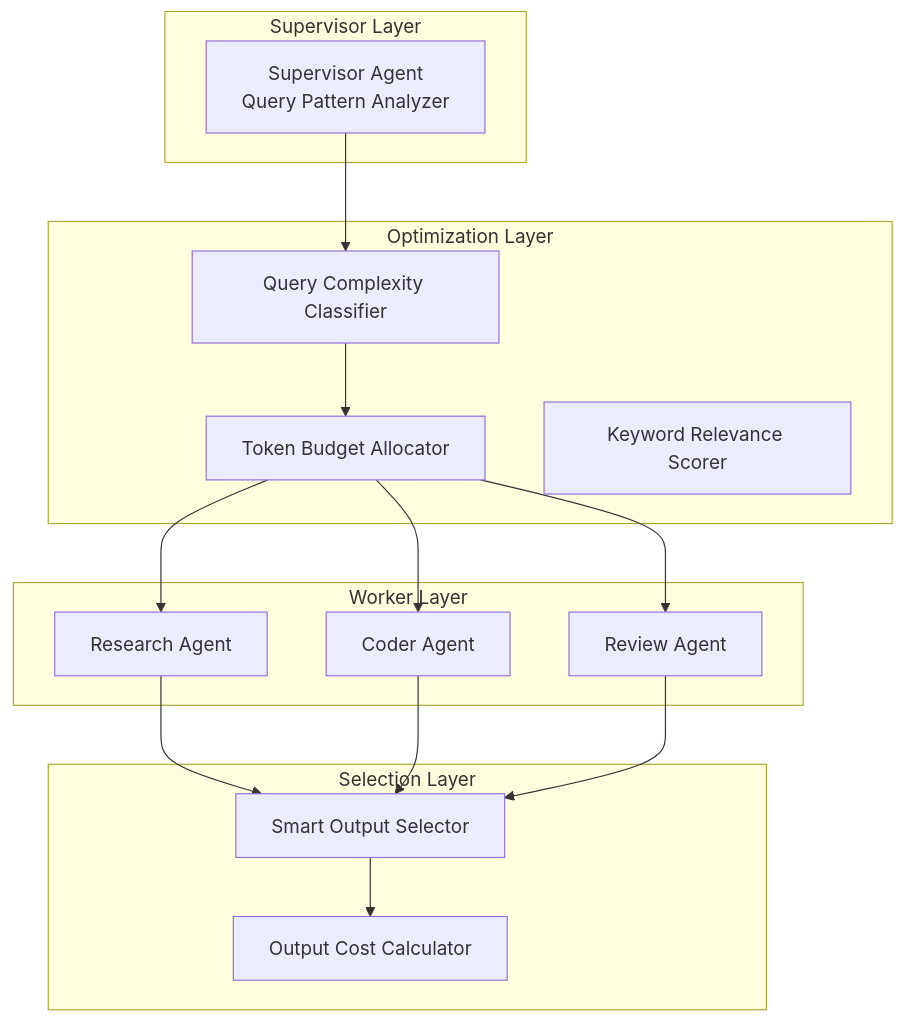
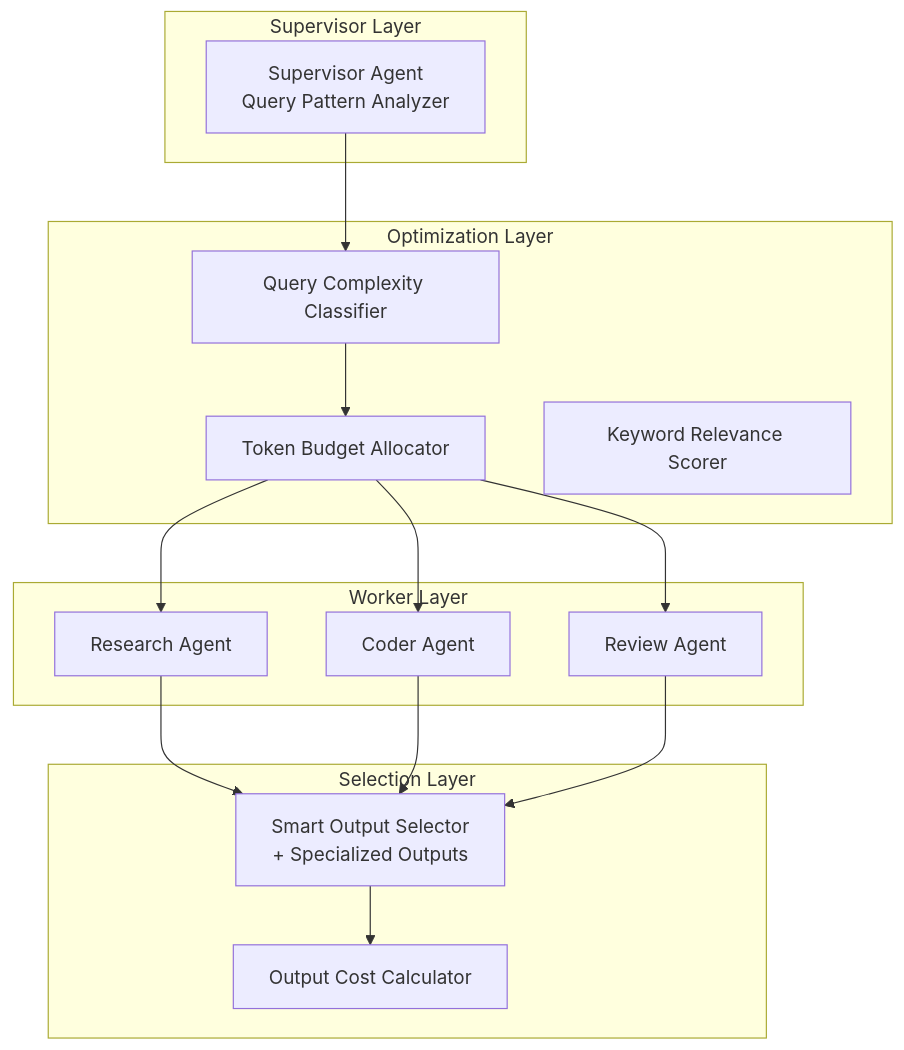
One commit to xiangbianpangde/mas-evolution-test changed the diagram in README.md. Above: the diagram before and after it, drawn with Mermaid. The commit also changed other lines of this file, not shown here.

````diff
--- a/README.md
+++ b/README.md
@@ -17,33 +16,33 @@
 ```mermaid
 graph TB
     subgraph "Supervisor Layer"
         S[Supervisor Agent<br/>Query Pattern Analyzer]
     end
     
     subgraph "Optimization Layer"
         Q[Query Complexity Classifier]
         T[Token Budget Allocator]
         R[Keyword Relevance Scorer]
     end
     
     subgraph "Worker Layer"
         W1[Research Agent]
         W2[Coder Agent]
         W3[Review Agent]
     end
     
     subgraph "Selection Layer"
-        O[Smart Output Selector]
+        O[Smart Output Selector<br/>+ Specialized Outputs]
         C[Output Cost Calculator]
     end
     
     S --> Q
     Q --> T
     T --> W1
     T --> W2
     T --> W3
     W1 --> O
     W2 --> O
     W3 --> O
     O --> C
 ```
````
